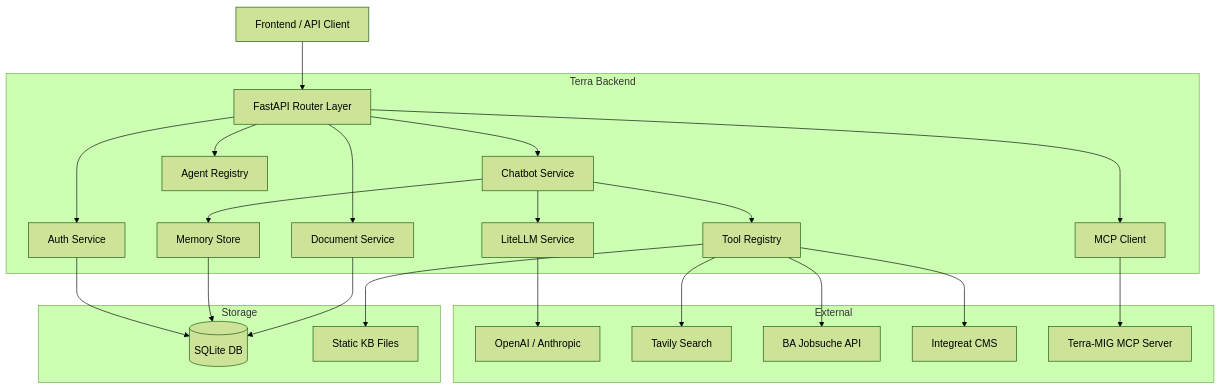
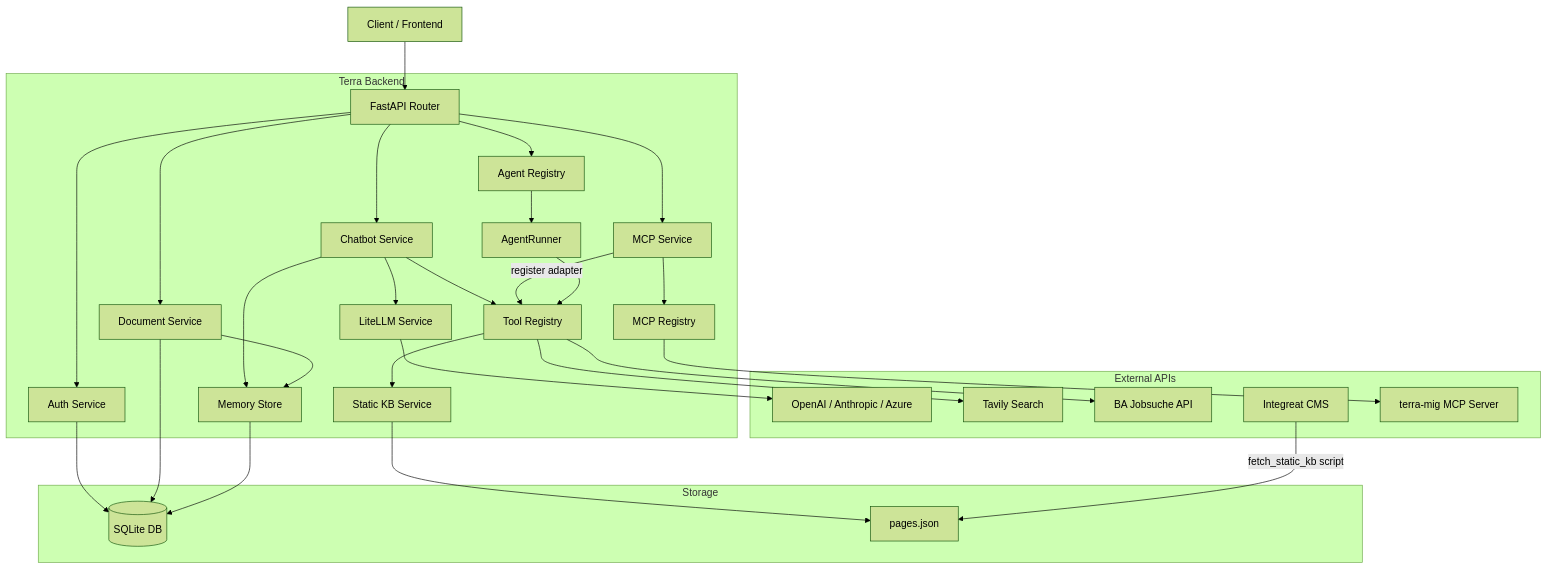
Before and after one commit to terra-AI4Good/terra-backend: the first of 11 diagrams in README.md, drawn with Mermaid (forest theme). The commit also changed other lines of this file and 7 other files, not shown here.

````diff
--- a/README.md
+++ b/README.md
@@ -31,48 +140,61 @@
 ```mermaid
 graph TB
-    Client[Frontend / API Client]
+    Client[Client / Frontend]
 
     subgraph Terra Backend
-        API[FastAPI Router Layer]
+        API[FastAPI Router]
         Auth[Auth Service]
         Chat[Chatbot Service]
-        Docs[Document Service]
+        DocSvc[Document Service]
         Mem[Memory Store]
         LLM[LiteLLM Service]
         TR[Tool Registry]
         AR[Agent Registry]
-        MCP[MCP Client]
+        Runner[AgentRunner]
+        MCP_Svc[MCP Service]
+        MCP_Reg[MCP Registry]
+        KB[Static KB Service]
     end
 
-    subgraph External
-        OpenAI[OpenAI / Anthropic]
+    subgraph External APIs
+        OpenAI[OpenAI / Anthropic / Azure]
         Tavily[Tavily Search]
         BA[BA Jobsuche API]
         Integreat[Integreat CMS]
-        TerraMig[Terra-MIG MCP Server]
+        TerraMig[terra-mig MCP Server]
     end
 
     subgraph Storage
         SQLite[(SQLite DB)]
-        KB[Static KB Files]
+        KBFiles[pages.json]
     end
 
     Client --> API
     API --> Auth
     API --> Chat
-    API --> Docs
+    API --> DocSvc
+    API --> MCP_Svc
+    API --> AR
+
+    Auth --> SQLite
     Chat --> Mem
     Chat --> LLM
     Chat --> TR
+    DocSvc --> Mem
+    DocSvc --> SQLite
+    Mem --> SQLite
+
     LLM --> OpenAI
     TR --> Tavily
     TR --> BA
-    TR --> Integreat
-    API --> AR
-    API --> MCP
-    MCP --> TerraMig
-    Auth --> SQLite
-    Mem --> SQLite
-    Docs --> SQLite
     TR --> KB
+    KB --> KBFiles
+    Integreat -->|fetch_static_kb script| KBFiles
+
+    MCP_Svc --> MCP_Reg
+    MCP_Reg --> TerraMig
+    MCP_Svc -->|register adapter| TR
+
+    AR --> Runner
+    Runner --> TR
 ```
````
